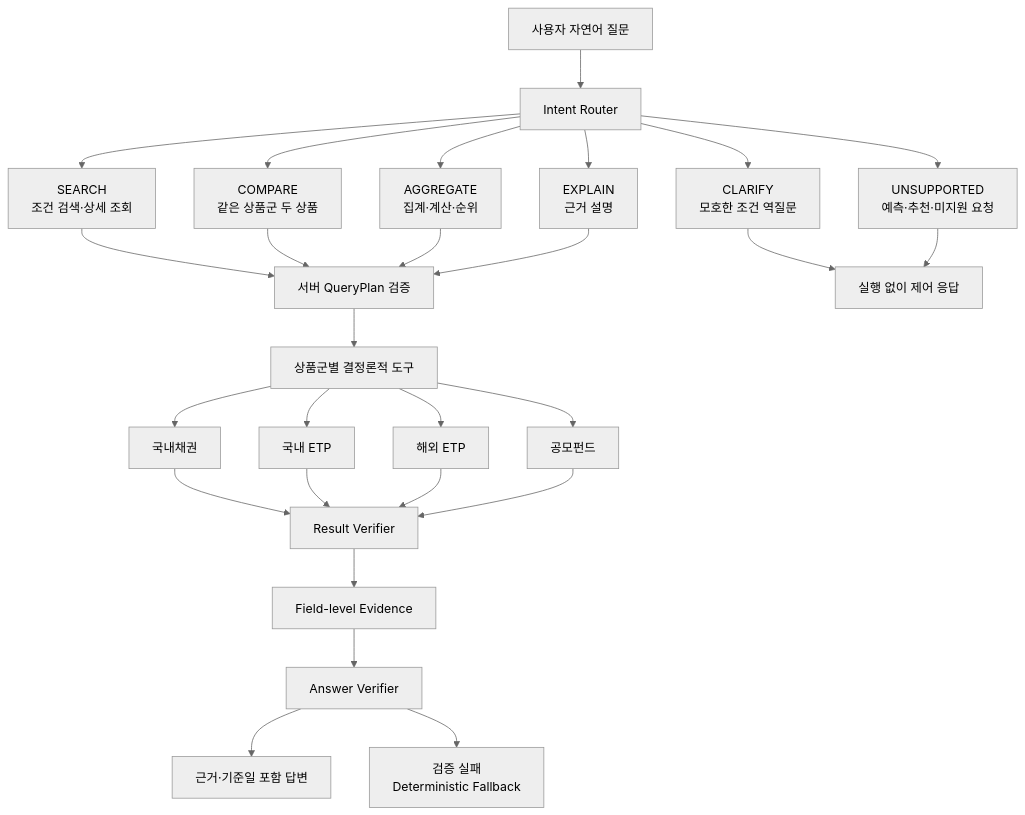
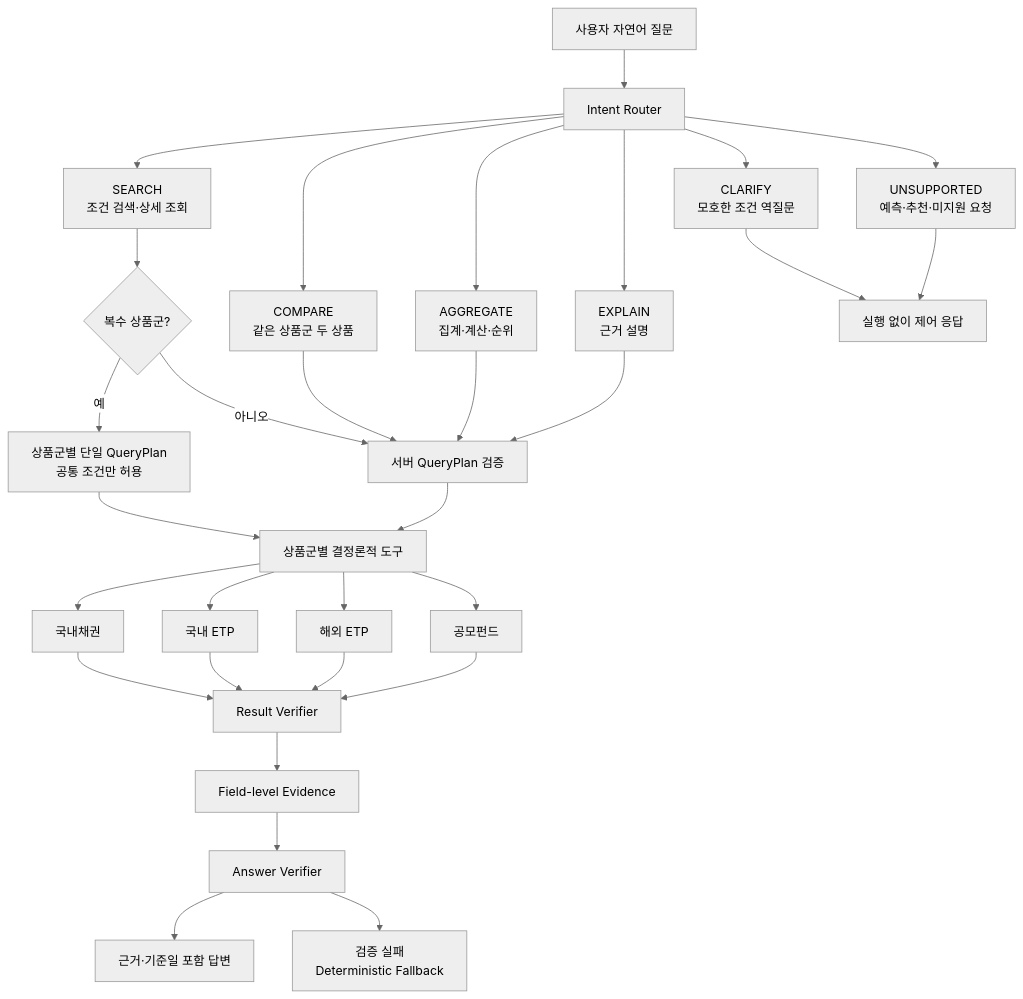
Before and after one commit to Hyunhoim/gaeng3: the diagram in docs/proposal/diagrams/answer-flow.md, drawn with Mermaid (neutral theme). The commit also changed other lines of this file and 31 other files, not shown here.

````diff
--- a/docs/proposal/diagrams/answer-flow.md
+++ b/docs/proposal/diagrams/answer-flow.md
@@ -7,35 +7,38 @@
 ```mermaid
 flowchart TD
     Q["사용자 자연어 질문"] --> R["Intent Router"]
 
     R --> S["SEARCH<br/>조건 검색·상세 조회"]
     R --> C["COMPARE<br/>같은 상품군 두 상품"]
     R --> A["AGGREGATE<br/>집계·계산·순위"]
     R --> E["EXPLAIN<br/>근거 설명"]
     R --> CL["CLARIFY<br/>모호한 조건 역질문"]
     R --> U["UNSUPPORTED<br/>예측·추천·미지원 요청"]
 
-    S --> P["서버 QueryPlan 검증"]
+    S --> MF{"복수 상품군?"}
+    MF -->|"아니오"| P["서버 QueryPlan 검증"]
+    MF -->|"예"| MP["상품군별 단일 QueryPlan<br/>공통 조건만 허용"]
+    MP --> T
     C --> P
     A --> P
     E --> P
 
     P --> T["상품군별 결정론적 도구"]
     T --> B["국내채권"]
     T --> DE["국내 ETP"]
     T --> OE["해외 ETP"]
     T --> F["공모펀드"]
 
     B --> V["Result Verifier"]
     DE --> V
     OE --> V
     F --> V
 
     V --> EV["Field-level Evidence"]
     EV --> AV["Answer Verifier"]
     AV --> OK["근거·기준일 포함 답변"]
     AV --> FB["검증 실패<br/>Deterministic Fallback"]
 
     CL --> CONTROL["실행 없이 제어 응답"]
     U --> CONTROL
 ```
````
